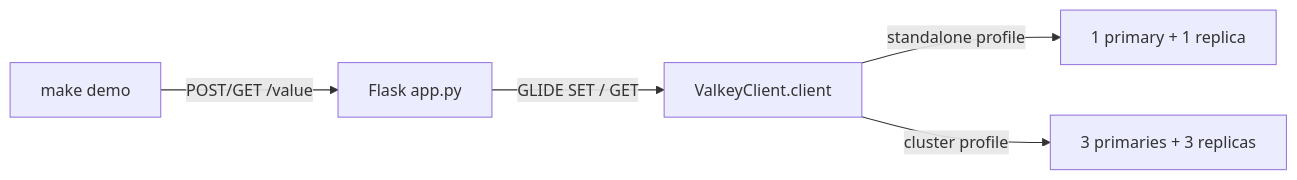
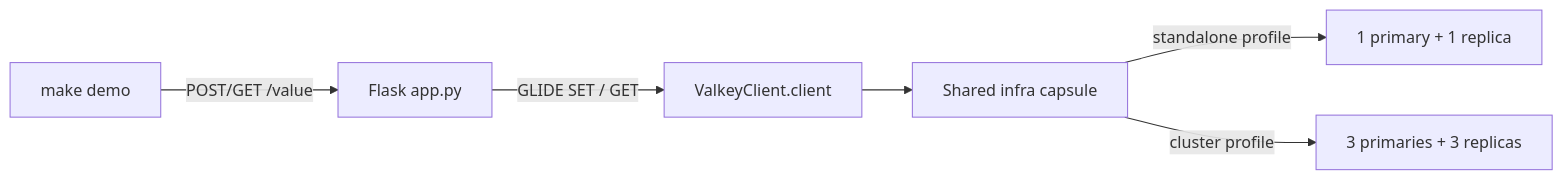
One commit to rlunar/valkey-examples changed the diagram in examples/operations/client-quickstart-python-flask/README.md. Above: the diagram before and after it, drawn with Mermaid. The commit also changed other lines of this file and 167 other files, not shown here.

````diff
--- a/examples/operations/client-quickstart-python-flask/README.md
+++ b/examples/operations/client-quickstart-python-flask/README.md
@@ -86,7 +126,8 @@
 ```mermaid
 flowchart LR
     caller["make demo"] -->|"POST/GET /value"| flask["Flask app.py"]
     flask -->|"GLIDE SET / GET"| client["ValkeyClient.client"]
-    client -->|"standalone profile"| pair["1 primary + 1 replica"]
-    client -->|"cluster profile"| cluster["3 primaries + 3 replicas"]
+    client --> infra["Shared infra capsule"]
+    infra -->|"standalone profile"| pair["1 primary + 1 replica"]
+    infra -->|"cluster profile"| cluster["3 primaries + 3 replicas"]
 ```
````
